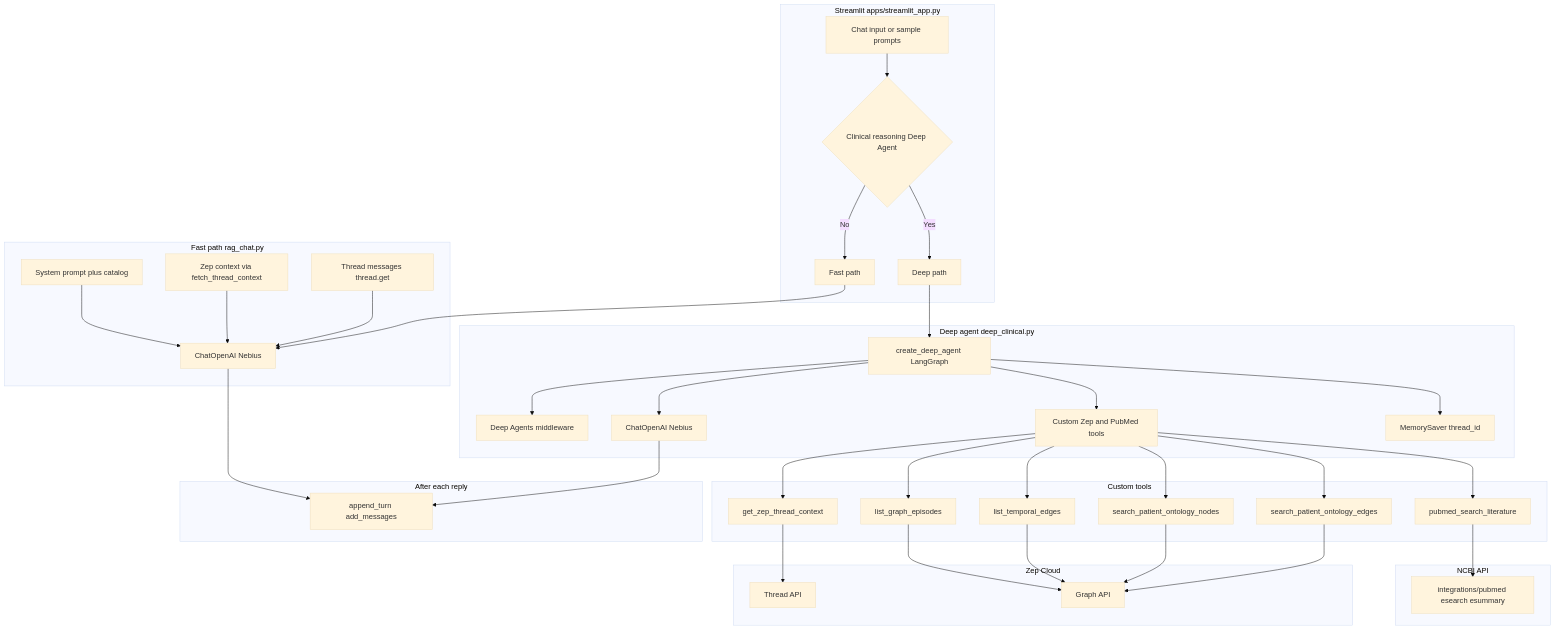
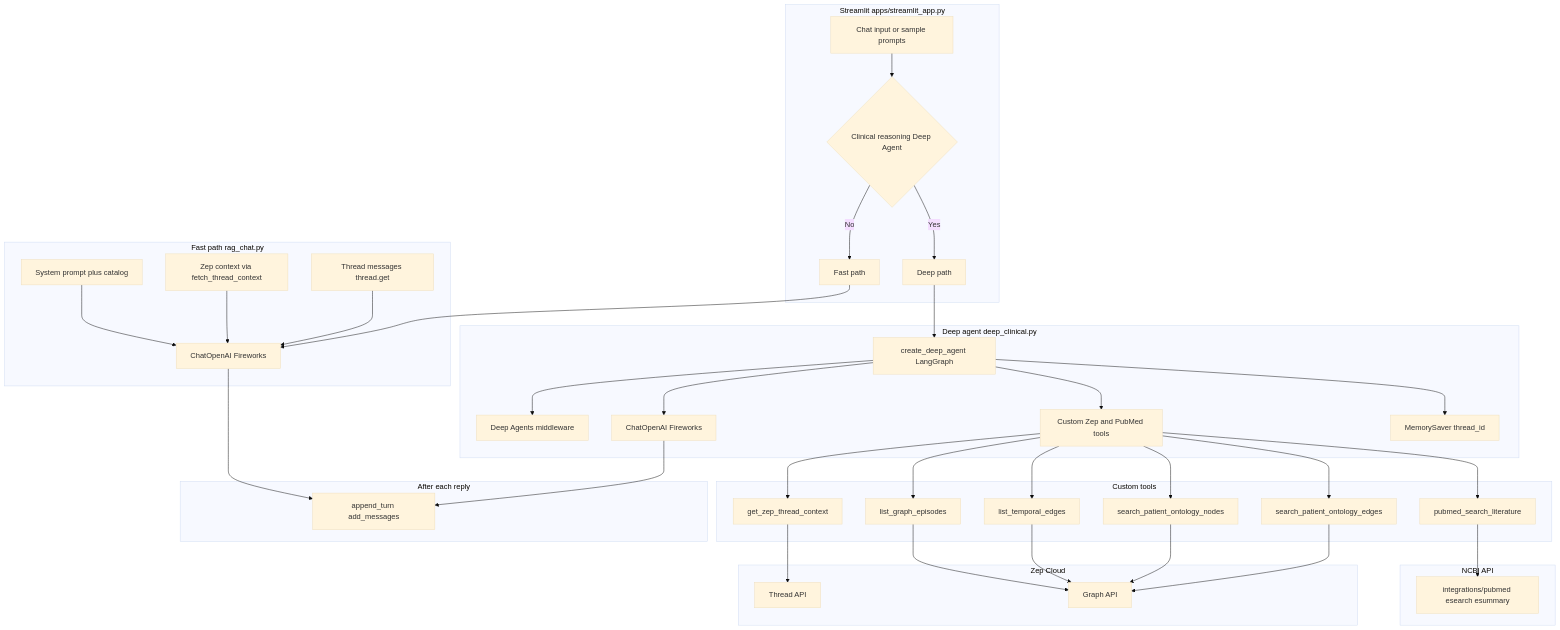
One commit to pramodthe/MedTrace-AI changed the second of 3 diagrams in README.md. Above: the diagram before and after it, drawn with Mermaid (base theme). The commit also changed other lines of this file and 33 other files, not shown here.

````diff
--- a/README.md
+++ b/README.md
@@ -54,70 +54,70 @@
 ```mermaid
 flowchart TB
   subgraph ui [Streamlit apps/streamlit_app.py]
     toggle{Clinical reasoning Deep Agent}
     chatIn[Chat input or sample prompts]
     chatIn --> toggle
     toggle -->|No| fastPath[Fast path]
     toggle -->|Yes| deepPath[Deep path]
   end
 
   subgraph fastAgent [Fast path rag_chat.py]
     SYS1[System prompt plus catalog]
     CTX1[Zep context via fetch_thread_context]
     HIST1[Thread messages thread.get]
-    LLM1[ChatOpenAI Nebius]
+    LLM1[ChatOpenAI Fireworks]
     fastPath --> LLM1
     SYS1 --> LLM1
     CTX1 --> LLM1
     HIST1 --> LLM1
   end
 
   subgraph deepAgent [Deep agent deep_clinical.py]
     DA[create_deep_agent LangGraph]
     HARNESS[Deep Agents middleware]
     TOOLS[Custom Zep and PubMed tools]
-    LLM2[ChatOpenAI Nebius]
+    LLM2[ChatOpenAI Fireworks]
     CP[MemorySaver thread_id]
     deepPath --> DA
     DA --> HARNESS
     DA --> LLM2
     DA --> TOOLS
     DA --> CP
   end
 
   subgraph toolList [Custom tools]
     T1[get_zep_thread_context]
     T2[list_graph_episodes]
     T3[list_temporal_edges]
     T4[search_patient_ontology_nodes]
     T5[search_patient_ontology_edges]
     T6[pubmed_search_literature]
     TOOLS --> T1
     TOOLS --> T2
     TOOLS --> T3
     TOOLS --> T4
     TOOLS --> T5
     TOOLS --> T6
   end
 
   subgraph zep [Zep Cloud]
     TH[Thread API]
     GR[Graph API]
     T1 --> TH
     T2 --> GR
     T3 --> GR
     T4 --> GR
     T5 --> GR
   end
 
   subgraph ncbi [NCBI API]
     EU[integrations/pubmed esearch esummary]
     T6 --> EU
   end
 
   subgraph persist [After each reply]
     AT[append_turn add_messages]
     LLM1 --> AT
     LLM2 --> AT
   end
 ```
````
